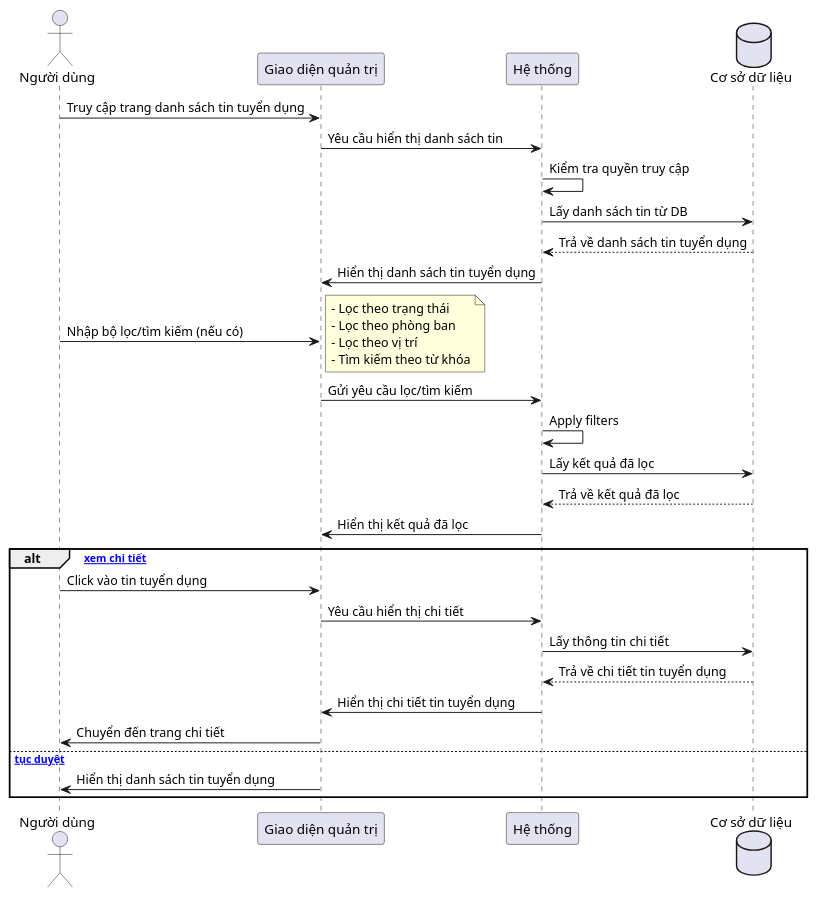
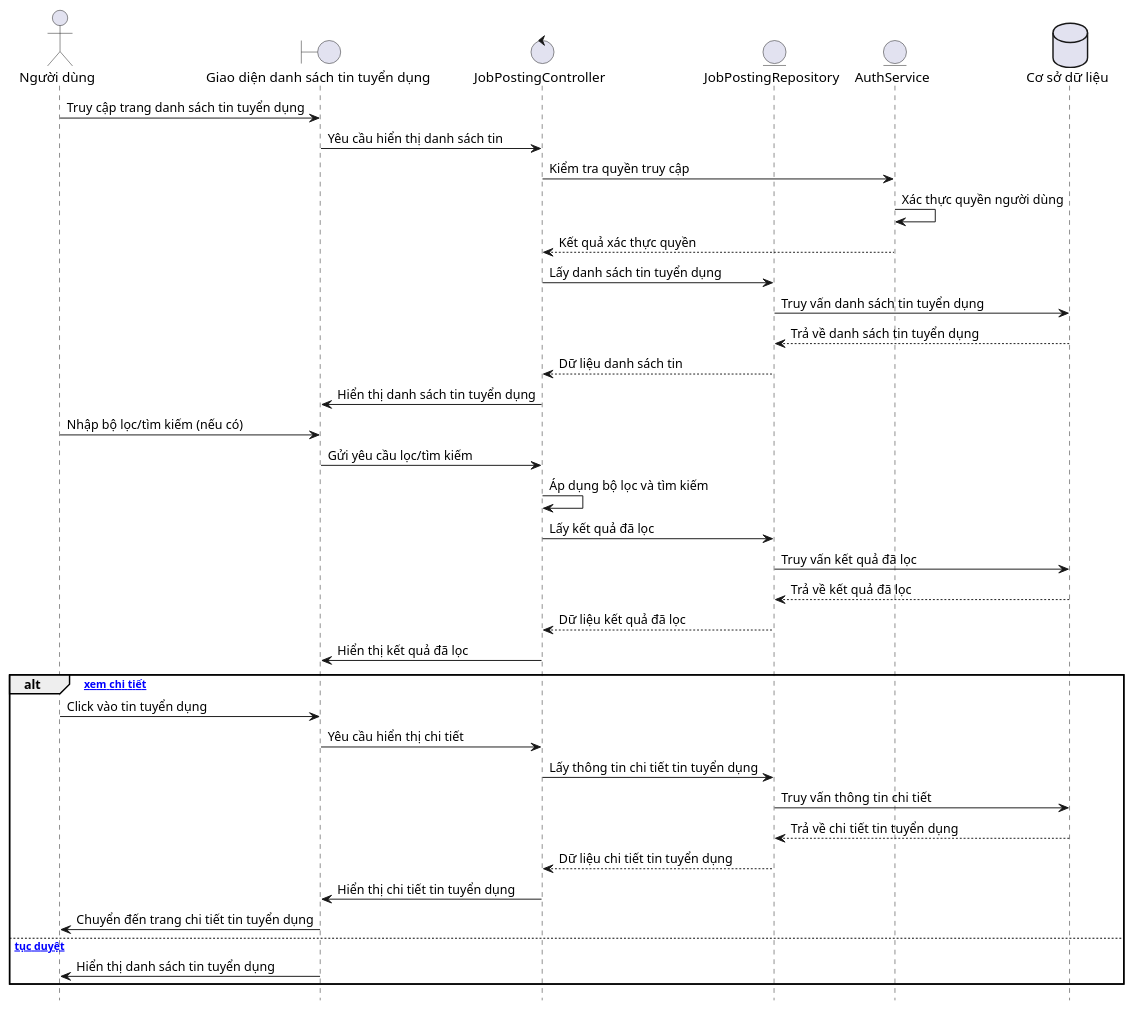
The diagram in sequence/UC-05/UC-05-simple-sequence.wsd (felix-253/TechLeet-server), drawn with PlantUML before and after one commit. The commit also changed 20 other files, not shown here.

Commit message:
document: flow screen cv and suggest cv

```diff
--- a/sequence/UC-05/UC-05-simple-sequence.wsd
+++ b/sequence/UC-05/UC-05-simple-sequence.wsd
@@ -1,40 +1,47 @@
 @startuml UC-05: Xem danh sách tin tuyển dụng
+hide footbox
+skinparam ParticipantPadding 10
+skinparam BoxPadding 5
 
 actor "Người dùng" as User
-participant "Giao diện quản trị" as FE
-participant "Hệ thống" as System
-database "Cơ sở dữ liệu" as DB
+boundary "Giao diện danh sách tin tuyển dụng" as JobListUI
+control "JobPostingController" as JobPostingController
+entity "JobPostingRepository" as JobPostingRepo
+entity "AuthService" as AuthService
+database "Cơ sở dữ liệu" as Database
 
-User -> FE: Truy cập trang danh sách tin tuyển dụng
-FE -> System: Yêu cầu hiển thị danh sách tin
-System -> System: Kiểm tra quyền truy cập
-System -> DB: Lấy danh sách tin từ DB
-DB --> System: Trả về danh sách tin tuyển dụng
-System -> FE: Hiển thị danh sách tin tuyển dụng
+User -> JobListUI: Truy cập trang danh sách tin tuyển dụng
+JobListUI -> JobPostingController: Yêu cầu hiển thị danh sách tin
+JobPostingController -> AuthService: Kiểm tra quyền truy cập
+AuthService -> AuthService: Xác thực quyền người dùng
+AuthService --> JobPostingController: Kết quả xác thực quyền
+JobPostingController -> JobPostingRepo: Lấy danh sách tin tuyển dụng
+JobPostingRepo -> Database: Truy vấn danh sách tin tuyển dụng
+Database --> JobPostingRepo: Trả về danh sách tin tuyển dụng
+JobPostingRepo --> JobPostingController: Dữ liệu danh sách tin
+JobPostingController -> JobListUI: Hiển thị danh sách tin tuyển dụng
 
-User -> FE: Nhập bộ lọc/tìm kiếm (nếu có)
-note right
-  - Lọc theo trạng thái
-  - Lọc theo phòng ban
-  - Lọc theo vị trí
-  - Tìm kiếm theo từ khóa
-end note
+User -> JobListUI: Nhập bộ lọc/tìm kiếm (nếu có)
 
-FE -> System: Gửi yêu cầu lọc/tìm kiếm
-System -> System: Apply filters
-System -> DB: Lấy kết quả đã lọc
-DB --> System: Trả về kết quả đã lọc
-System -> FE: Hiển thị kết quả đã lọc
+JobListUI -> JobPostingController: Gửi yêu cầu lọc/tìm kiếm
+JobPostingController -> JobPostingController: Áp dụng bộ lọc và tìm kiếm
+JobPostingController -> JobPostingRepo: Lấy kết quả đã lọc
+JobPostingRepo -> Database: Truy vấn kết quả đã lọc
+Database --> JobPostingRepo: Trả về kết quả đã lọc
+JobPostingRepo --> JobPostingController: Dữ liệu kết quả đã lọc
+JobPostingController -> JobListUI: Hiển thị kết quả đã lọc
 
 alt [Cần xem chi tiết]
-    User -> FE: Click vào tin tuyển dụng
-    FE -> System: Yêu cầu hiển thị chi tiết
-    System -> DB: Lấy thông tin chi tiết
-    DB --> System: Trả về chi tiết tin tuyển dụng
-    System -> FE: Hiển thị chi tiết tin tuyển dụng
-    FE -> User: Chuyển đến trang chi tiết
+    User -> JobListUI: Click vào tin tuyển dụng
+    JobListUI -> JobPostingController: Yêu cầu hiển thị chi tiết
+    JobPostingController -> JobPostingRepo: Lấy thông tin chi tiết tin tuyển dụng
+    JobPostingRepo -> Database: Truy vấn thông tin chi tiết
+    Database --> JobPostingRepo: Trả về chi tiết tin tuyển dụng
+    JobPostingRepo --> JobPostingController: Dữ liệu chi tiết tin tuyển dụng
+    JobPostingController -> JobListUI: Hiển thị chi tiết tin tuyển dụng
+    JobListUI -> User: Chuyển đến trang chi tiết tin tuyển dụng
 else [Tiếp tục duyệt]
-    FE -> User: Hiển thị danh sách tin tuyển dụng
+    JobListUI -> User: Hiển thị danh sách tin tuyển dụng
 end
 
 @enduml
```
